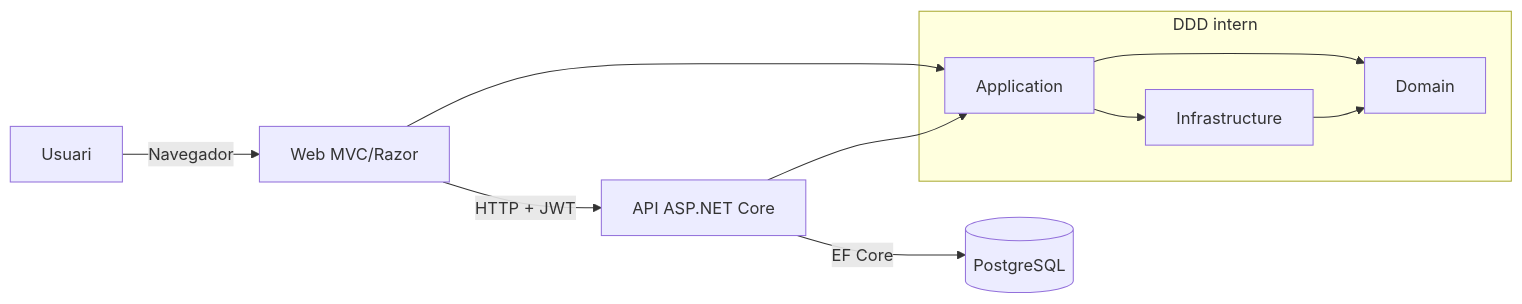
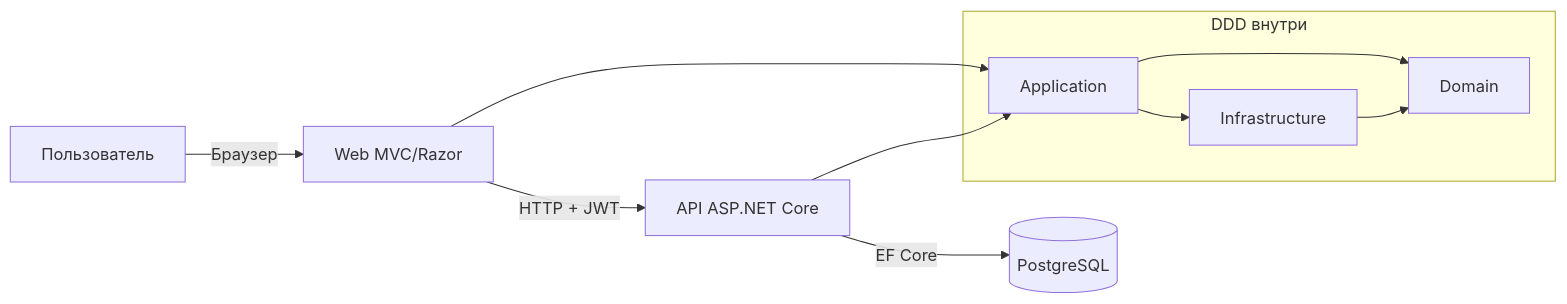
Before and after one commit to dmoraroca/escoles-publiques: the diagram in src/Web/HelpDocs/ru/technical.md, drawn with Mermaid. The commit also changed other lines of this file and 28 other files, not shown here.

````diff
--- a/src/Web/HelpDocs/ru/technical.md
+++ b/src/Web/HelpDocs/ru/technical.md
@@ -19,18 +18,18 @@
 ```mermaid
 flowchart LR
-  U[Usuari] -->|Navegador| W[Web MVC/Razor]
+  U[Пользователь] -->|Браузер| W[Web MVC/Razor]
   W -->|HTTP + JWT| A[API ASP.NET Core]
   A -->|EF Core| DB[(PostgreSQL)]
 
-  subgraph DDD[DDD intern]
+  subgraph DDD[DDD внутри]
     D[Domain]
     AP[Application]
     I[Infrastructure]
   end
 
   W --> AP
   A --> AP
   AP --> D
+  AP --> I
   I --> D
-  AP --> I
 ```
````
